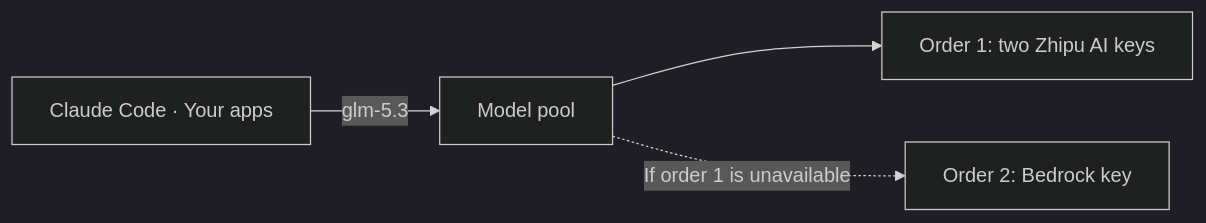
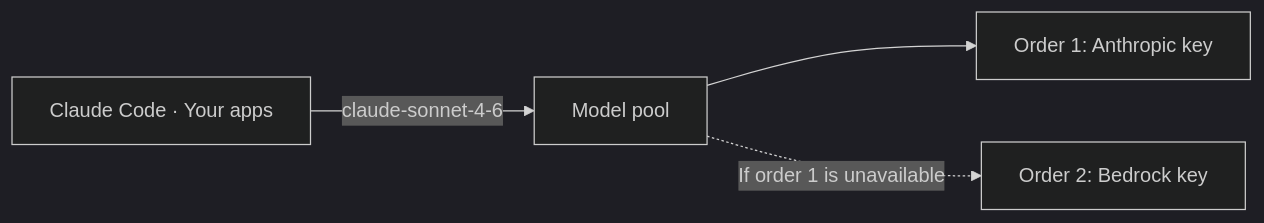
Before and after one commit to archestra-ai/archestra: the diagram in docs/pages/llm-proxy/model-pools/index.md, drawn with Mermaid (dark theme). The commit also changed other lines of this file, not shown here.

First line of the commit message:
docs(model-pools): use Claude Sonnet and GPT examples on common providers

````diff
--- a/docs/pages/llm-proxy/model-pools/index.md
+++ b/docs/pages/llm-proxy/model-pools/index.md
@@ -13,7 +13,7 @@
 ```mermaid
 flowchart LR
-    Client["Claude Code · Your apps"] -->|"glm-5.3"| Pool["Model pool"]
-    Pool --> Order1["Order 1: two Zhipu AI keys"]
+    Client["Claude Code · Your apps"] -->|"claude-sonnet-4-6"| Pool["Model pool"]
+    Pool --> Order1["Order 1: Anthropic key"]
     Pool -.->|"If order 1 is unavailable"| Order2["Order 2: Bedrock key"]
     class Pool accent
 ```
````
